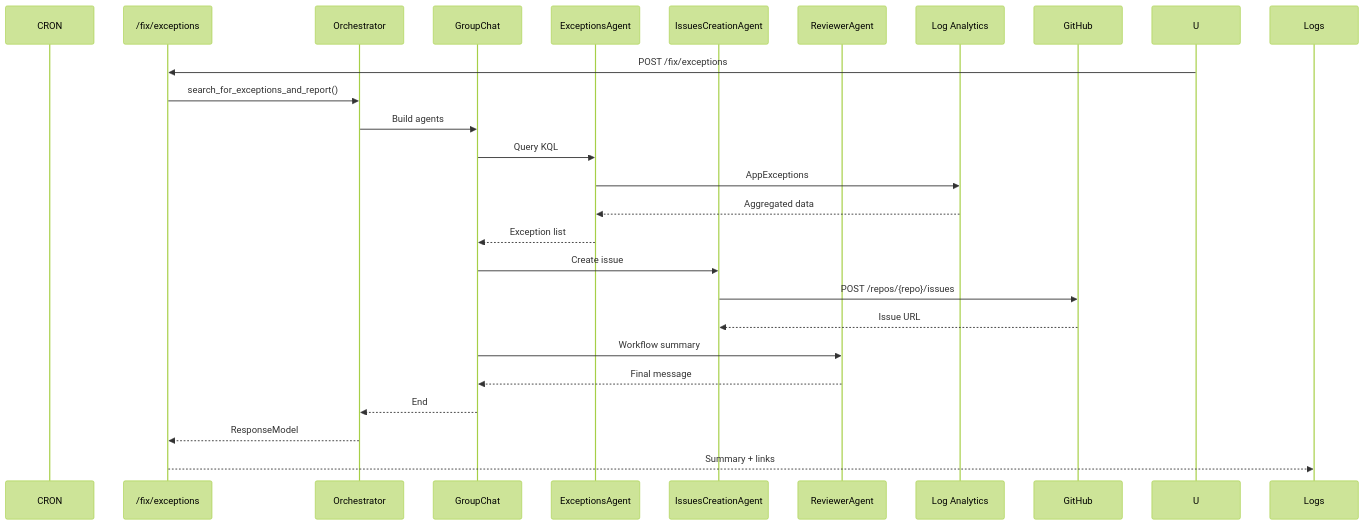
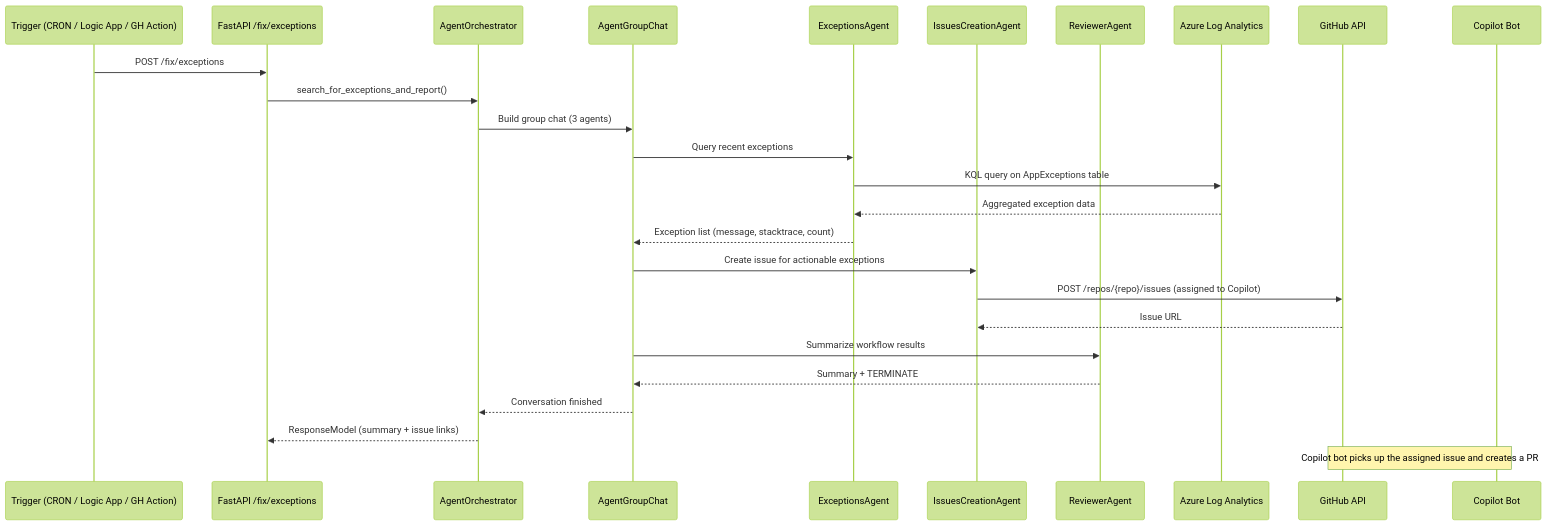
One commit to Veta-agentic/veta-agents changed the third of 3 diagrams in README.md. Above: the diagram before and after it, drawn with Mermaid (forest theme). The commit also changed other lines of this file and 5 other files, not shown here.

````diff
--- a/README.md
+++ b/README.md
@@ -122,27 +378,28 @@
 ```mermaid
 sequenceDiagram
-  participant C as CRON
-  participant API as /fix/exceptions
-  participant ORC as Orchestrator
-  participant GC as GroupChat
+  participant T as Trigger (CRON / Logic App / GH Action)
+  participant API as FastAPI /fix/exceptions
+  participant ORC as AgentOrchestrator
+  participant GC as AgentGroupChat
   participant EX as ExceptionsAgent
   participant IC as IssuesCreationAgent
   participant R as ReviewerAgent
-  participant LA as Log Analytics
-  participant GH as GitHub
-  U->>API: POST /fix/exceptions
+  participant LA as Azure Log Analytics
+  participant GH as GitHub API
+  participant CP as Copilot Bot
+  T->>API: POST /fix/exceptions
   API->>ORC: search_for_exceptions_and_report()
-  ORC->>GC: Build agents
-  GC->>EX: Query KQL
-  EX->>LA: AppExceptions
-  LA-->>EX: Aggregated data
-  EX-->>GC: Exception list
-  GC->>IC: Create issue
-  IC->>GH: POST /repos/{repo}/issues
+  ORC->>GC: Build group chat (3 agents)
+  GC->>EX: Query recent exceptions
+  EX->>LA: KQL query on AppExceptions table
+  LA-->>EX: Aggregated exception data
+  EX-->>GC: Exception list (message, stacktrace, count)
+  GC->>IC: Create issue for actionable exceptions
+  IC->>GH: POST /repos/{repo}/issues (assigned to Copilot)
   GH-->>IC: Issue URL
-  GC->>R: Workflow summary
-  R-->>GC: Final message
-  GC-->>ORC: End
-  ORC-->>API: ResponseModel
-  API-->>Logs: Summary + links
+  GC->>R: Summarize workflow results
+  R-->>GC: Summary + TERMINATE
+  GC-->>ORC: Conversation finished
+  ORC-->>API: ResponseModel (summary + issue links)
+  Note over GH,CP: Copilot bot picks up the assigned issue and creates a PR
 ```
````
